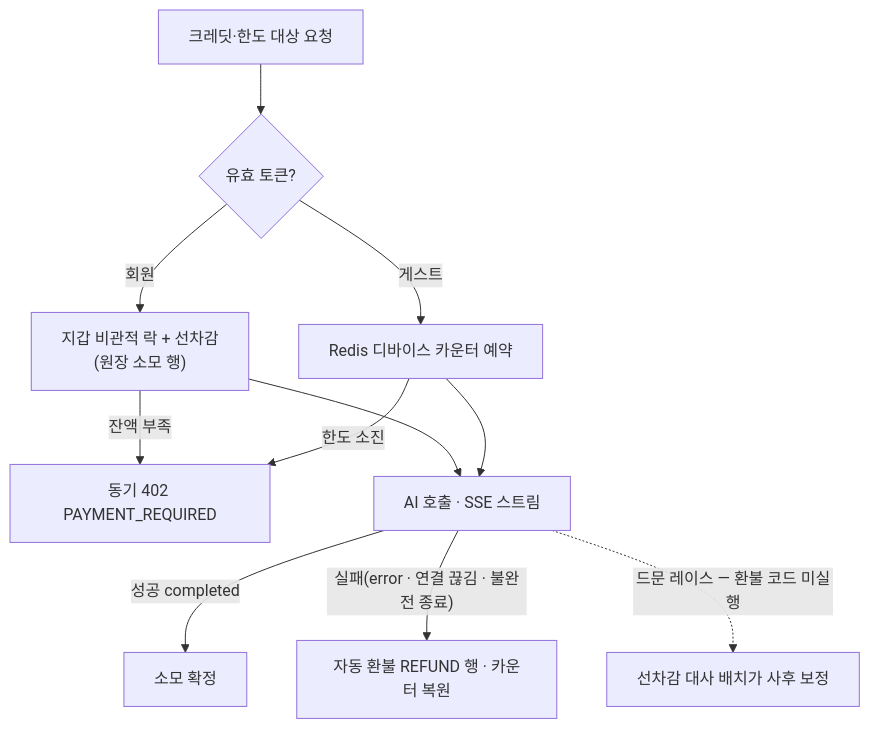
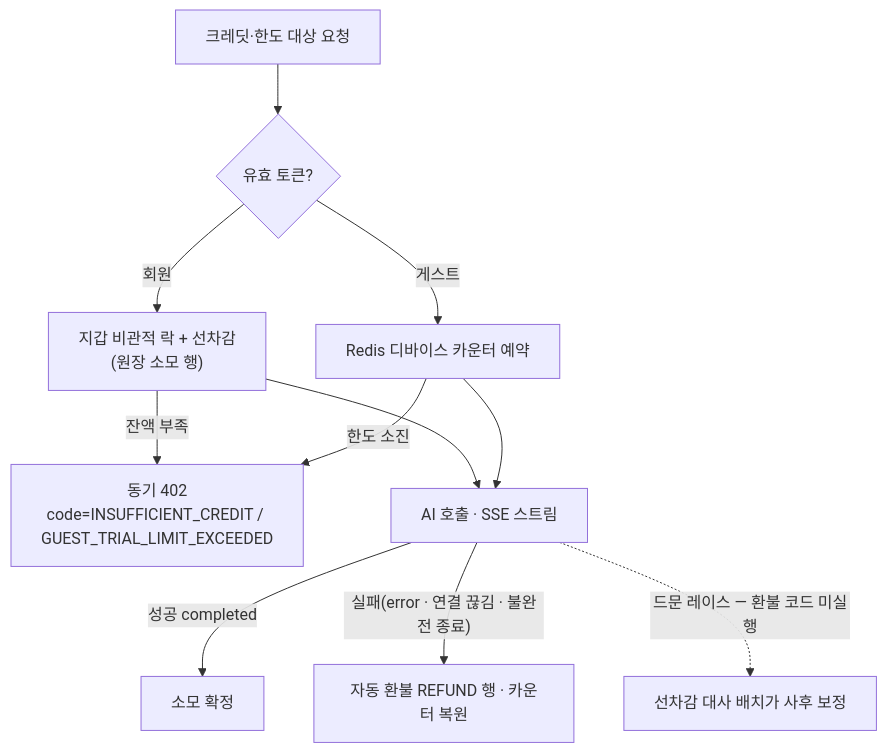
One commit to KIM-N-KANG/knk-harness changed the second of 2 diagrams in docs/product-specs/4-backend.md. Above: the diagram before and after it, drawn with Mermaid. The commit also changed other lines of this file and 1 other file, not shown here.

````diff
--- a/docs/product-specs/4-backend.md
+++ b/docs/product-specs/4-backend.md
@@ -521,13 +519,13 @@
 ```mermaid
 graph TD
     Req[크레딧·한도 대상 요청] --> Who{유효 토큰?}
     Who -->|회원| Charge["지갑 비관적 락 + 선차감<br/>(원장 소모 행)"]
     Who -->|게스트| Guest[Redis 디바이스 카운터 예약]
-    Charge -->|잔액 부족| P402[동기 402 PAYMENT_REQUIRED]
+    Charge -->|잔액 부족| P402["동기 402<br/>code=INSUFFICIENT_CREDIT / GUEST_TRIAL_LIMIT_EXCEEDED"]
     Guest -->|한도 소진| P402
     Charge --> Run[AI 호출 · SSE 스트림]
     Guest --> Run
     Run -->|성공 completed| Done[소모 확정]
     Run -->|"실패(error · 연결 끊김 · 불완전 종료)"| Refund[자동 환불 REFUND 행 · 카운터 복원]
     Run -.->|드문 레이스 — 환불 코드 미실행| Batch[선차감 대사 배치가 사후 보정]
 ```
````
